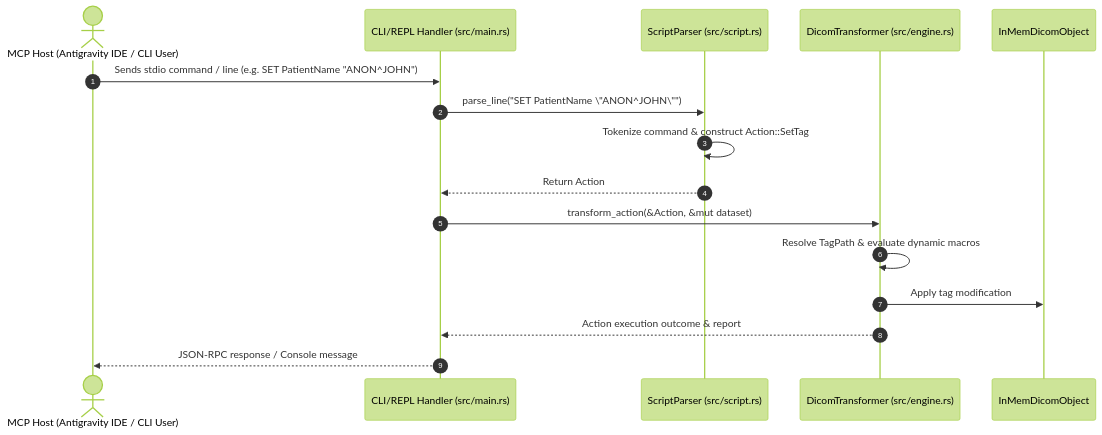
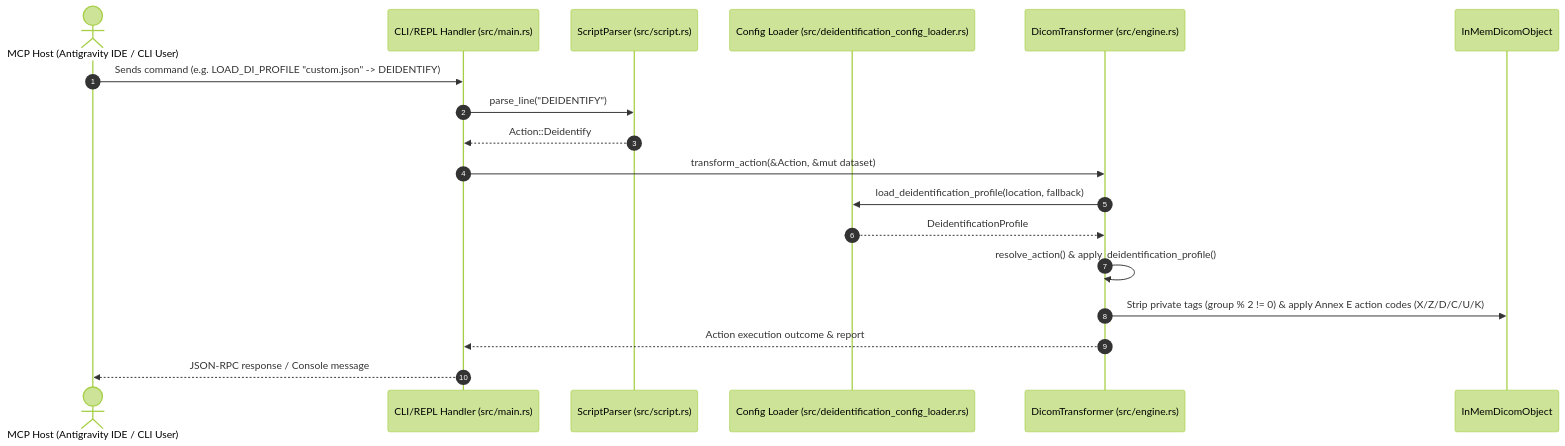
Before and after one commit to gosmart-health/dicom-rs-transformer: the second of 3 diagrams in docs/designs/gsdtc_010_system_design_specification.md, drawn with Mermaid (forest theme). The commit also changed other lines of this file and 10 other files, not shown here.

Commit message:
feat(deidentification): implement PS3.15 Annex E engine, DSL commands, and design controls alignment

````diff
--- a/docs/designs/gsdtc_010_system_design_specification.md
+++ b/docs/designs/gsdtc_010_system_design_specification.md
@@ -85,19 +87,21 @@
 ```mermaid
 sequenceDiagram
     autonumber
     actor Host as MCP Host (Antigravity IDE / CLI User)
     participant CLI as CLI/REPL Handler (src/main.rs)
     participant Parser as ScriptParser (src/script.rs)
+    participant Loader as Config Loader (src/deidentification_config_loader.rs)
     participant Engine as DicomTransformer (src/engine.rs)
     participant Dataset as InMemDicomObject
 
-    Host->>CLI: Sends stdio command / line (e.g. SET PatientName "ANON^JOHN")
-    CLI->>Parser: parse_line("SET PatientName \"ANON^JOHN\"")
-    Parser->>Parser: Tokenize command & construct Action::SetTag
-    Parser-->>CLI: Return Action
+    Host->>CLI: Sends command (e.g. LOAD_DI_PROFILE "custom.json" -> DEIDENTIFY)
+    CLI->>Parser: parse_line("DEIDENTIFY")
+    Parser-->>CLI: Action::Deidentify
     CLI->>Engine: transform_action(&Action, &mut dataset)
-    Engine->>Engine: Resolve TagPath & evaluate dynamic macros
-    Engine->>Dataset: Apply tag modification
+    Engine->>Loader: load_deidentification_profile(location, fallback)
+    Loader-->>Engine: DeidentificationProfile
+    Engine->>Engine: resolve_action() & apply_deidentification_profile()
+    Engine->>Dataset: Strip private tags (group % 2 != 0) & apply Annex E action codes (X/Z/D/C/U/K)
     Engine-->>CLI: Action execution outcome & report
     CLI-->>Host: JSON-RPC response / Console message
 ```
````
